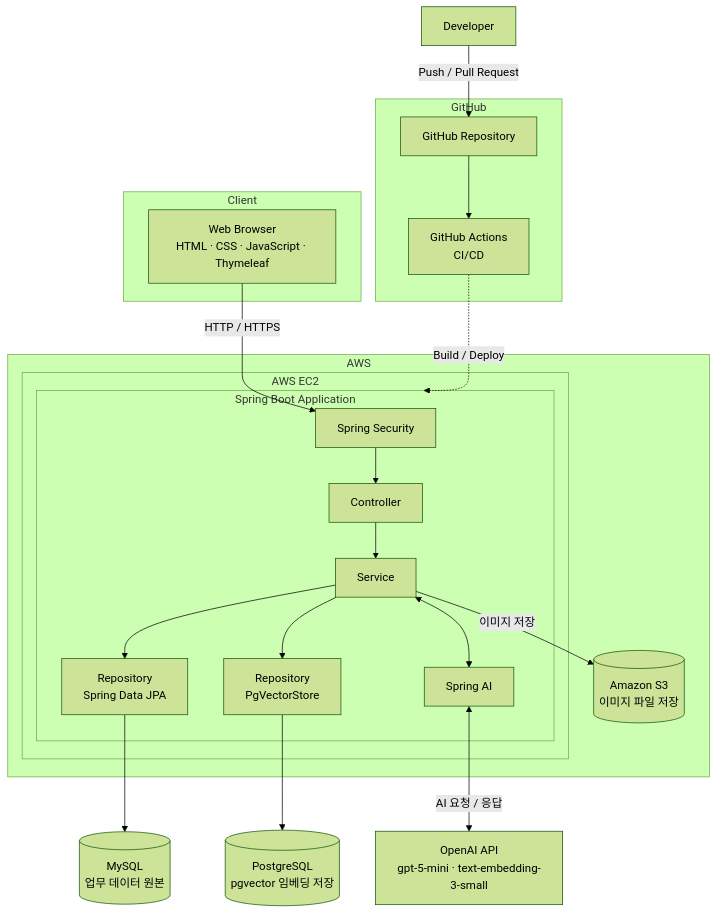
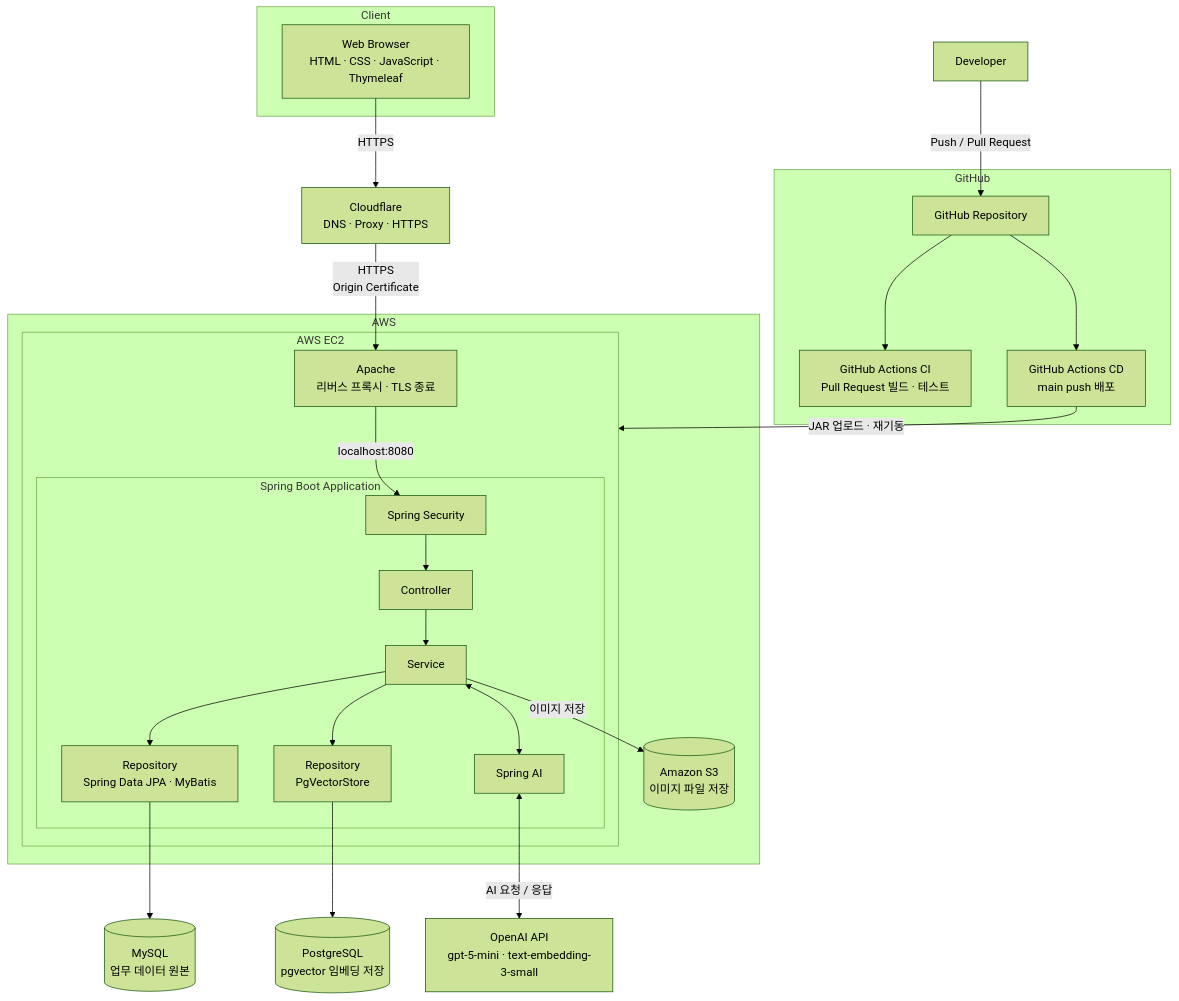
One commit to Jyung01/First-day-project changed the diagram in README.md. Above: the diagram before and after it, drawn with Mermaid (forest theme). The commit also changed other lines of this file, not shown here.

````diff
--- a/README.md
+++ b/README.md
@@ -118,46 +126,55 @@
 ```mermaid
 flowchart TB
     Developer["Developer"]
 
     subgraph GitHub["GitHub"]
         Repository["GitHub Repository"]
-        Actions["GitHub Actions<br/>CI/CD"]
-        Repository --> Actions
+        CI["GitHub Actions CI<br/>Pull Request 빌드 · 테스트"]
+        CD["GitHub Actions CD<br/>main push 배포"]
+        Repository --> CI
+        Repository --> CD
     end
 
     subgraph Client["Client"]
         Browser["Web Browser<br/>HTML · CSS · JavaScript · Thymeleaf"]
     end
 
+    Cloudflare["Cloudflare<br/>DNS · Proxy · HTTPS"]
+
     subgraph AWS["AWS"]
         subgraph EC2["AWS EC2"]
+            Apache["Apache<br/>리버스 프록시 · TLS 종료"]
+
             subgraph Application["Spring Boot Application"]
                 Security["Spring Security"]
                 Controller["Controller"]
                 Service["Service"]
-                DataRepository["Repository<br/>Spring Data JPA"]
+                DataRepository["Repository<br/>Spring Data JPA · MyBatis"]
                 SpringAI["Spring AI"]
 
                 Security --> Controller
                 Controller --> Service
                 Service --> DataRepository
                 Service --> PgVectorRepository
                 Service <--> SpringAI
             end
+
+            Apache -->|"localhost:8080"| Security
         end
 
         S3[("Amazon S3<br/>이미지 파일 저장")]
     end
 
     MySQL[("MySQL<br/>업무 데이터 원본")]
     PostgreSQL[("PostgreSQL<br/>pgvector 임베딩 저장")]
     OpenAI["OpenAI API<br/>gpt-5-mini · text-embedding-3-small"]
 
     Developer -->|"Push / Pull Request"| Repository
-    Actions -.->|"Build / Deploy"| Application
-    Browser -->|"HTTP / HTTPS"| Security
+    CD -->|"JAR 업로드 · 재기동"| EC2
+    Browser -->|"HTTPS"| Cloudflare
+    Cloudflare -->|"HTTPS<br/>Origin Certificate"| Apache
     DataRepository --> MySQL
     PgVectorRepository["Repository<br/>PgVectorStore"] --> PostgreSQL
     Service -->|"이미지 저장"| S3
     SpringAI <-->|"AI 요청 / 응답"| OpenAI
 ```
````
